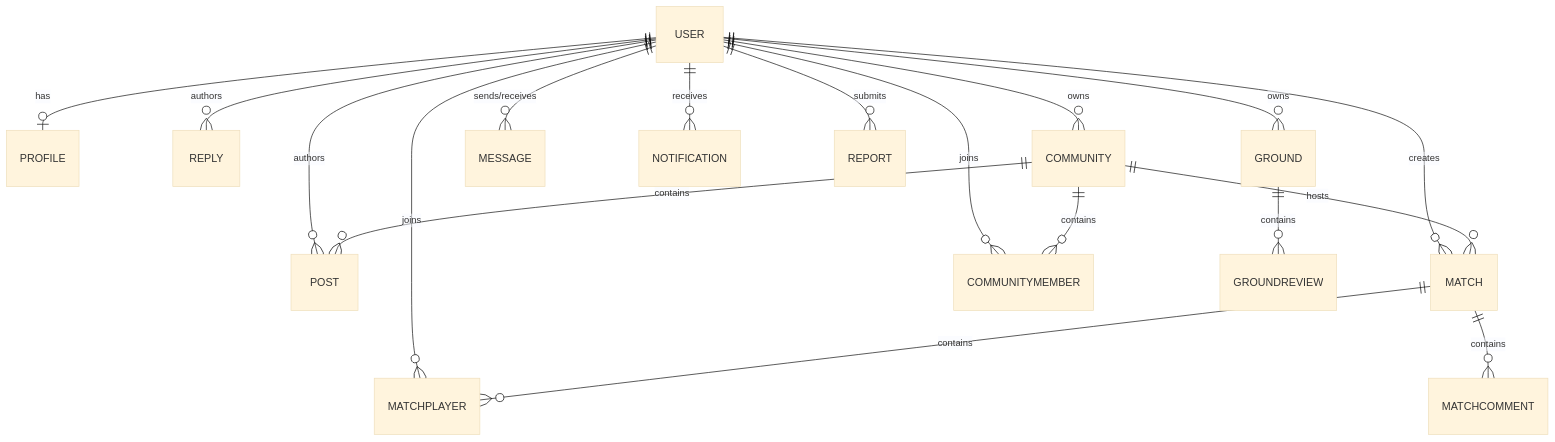
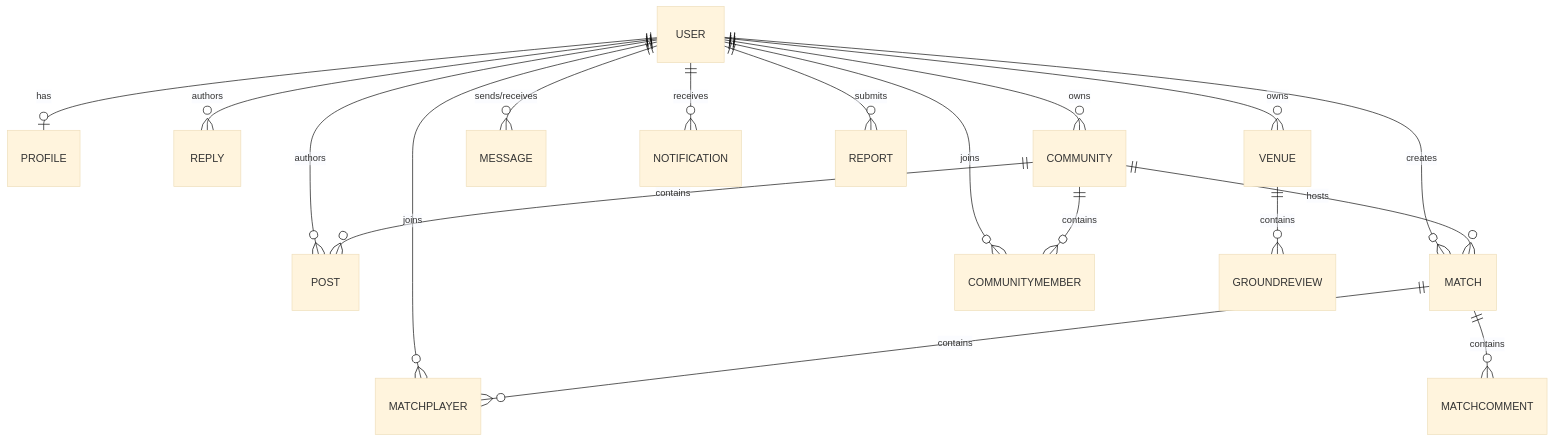
Before and after one commit to sathvikreddy369/playgrid: the diagram in docs/04_DATABASE_SCHEMA.md, drawn with Mermaid (base theme). The commit also changed other lines of this file and 61 other files, not shown here.

````diff
--- a/docs/04_DATABASE_SCHEMA.md
+++ b/docs/04_DATABASE_SCHEMA.md
@@ -5,23 +5,23 @@
 ```mermaid
 erDiagram
   USER ||--o| PROFILE : "has"
   USER ||--o{ POST : "authors"
   USER ||--o{ REPLY : "authors"
   USER ||--o{ MATCH : "creates"
   USER ||--o{ MATCHPLAYER : "joins"
   USER ||--o{ COMMUNITY : "owns"
   USER ||--o{ COMMUNITYMEMBER : "joins"
-  USER ||--o{ GROUND : "owns"
+  USER ||--o{ VENUE : "owns"
   USER ||--o{ MESSAGE : "sends/receives"
   USER ||--o{ NOTIFICATION : "receives"
   USER ||--o{ REPORT : "submits"
   
   MATCH ||--o{ MATCHPLAYER : "contains"
   MATCH ||--o{ MATCHCOMMENT : "contains"
   
   COMMUNITY ||--o{ COMMUNITYMEMBER : "contains"
   COMMUNITY ||--o{ POST : "contains"
   COMMUNITY ||--o{ MATCH : "hosts"
   
-  GROUND ||--o{ GROUNDREVIEW : "contains"
+  VENUE ||--o{ GROUNDREVIEW : "contains"
 ```
````
